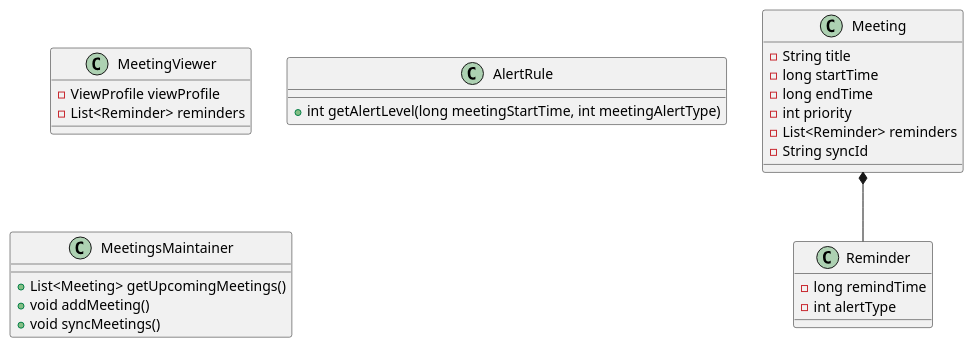
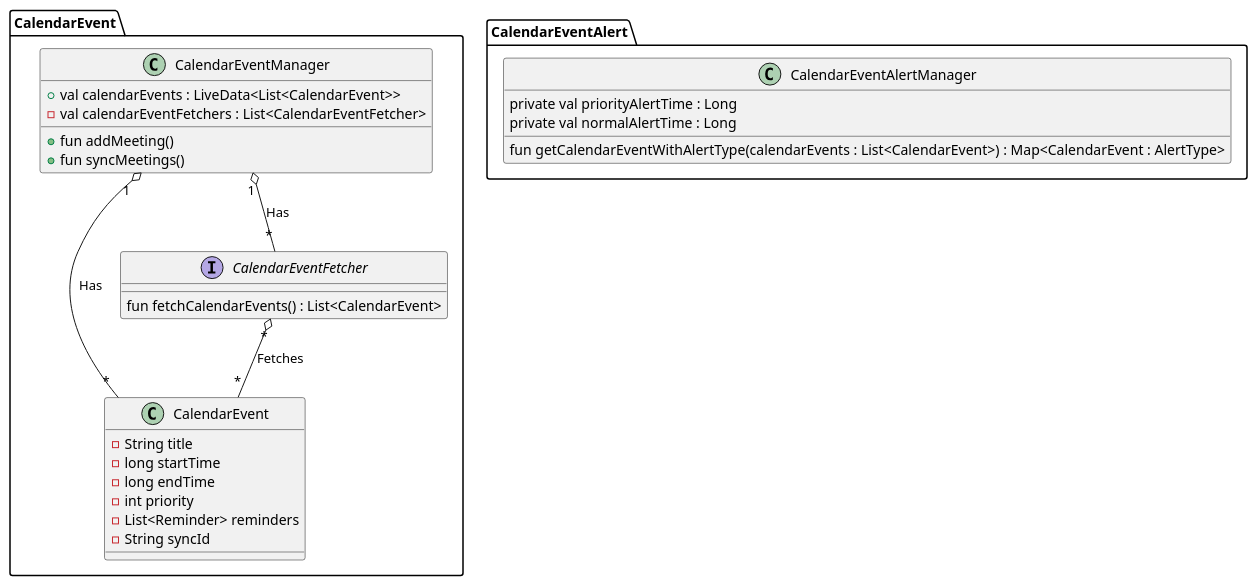
The diagram in class_diagram.puml (Calendar-Events-Manager/Calendar-Events-Android-App), drawn with PlantUML before and after one commit. The commit also changed 34 other files, not shown here.

First line of the commit message:
Sync calendar events when there are any changes in the Android Calendar DB [Prasi]

```diff
--- a/class_diagram.puml
+++ b/class_diagram.puml
@@ -1,34 +1,41 @@
 @startuml
 
-class Meeting {
+package "CalendarEvent" {
+
+class CalendarEventManager {
+    + val calendarEvents : LiveData<List<CalendarEvent>>
+    - val calendarEventFetchers : List<CalendarEventFetcher>
+    + fun addMeeting()
+    + fun syncMeetings()
+}
+
+class CalendarEvent {
     - String title
     - long startTime
     - long endTime
     - int priority
     - List<Reminder> reminders
     - String syncId
 }
 
-class Reminder {
-    - long remindTime
-    - int alertType
+interface CalendarEventFetcher {
+    fun fetchCalendarEvents() : List<CalendarEvent>
 }
 
-Meeting *-- Reminder
+CalendarEventManager "1" o-- "*" CalendarEvent : Has
+CalendarEventManager "1" o-- "*" CalendarEventFetcher : Has
+CalendarEventFetcher "*" o-- "*" CalendarEvent : Fetches
 
-class MeetingViewer {
-    - ViewProfile viewProfile
-    - List<Reminder> reminders
 }
 
-class AlertRule {
-    + int getAlertLevel(long meetingStartTime, int meetingAlertType)
+package "CalendarEventAlert" {
+
+class CalendarEventAlertManager {
+    private val priorityAlertTime : Long
+    private val normalAlertTime : Long
+    fun getCalendarEventWithAlertType(calendarEvents : List<CalendarEvent>) : Map<CalendarEvent : AlertType>
 }
 
-class MeetingsMaintainer {
-    + List<Meeting> getUpcomingMeetings()
-    + void addMeeting()
-    + void syncMeetings()
 }
 
 @enduml
```
